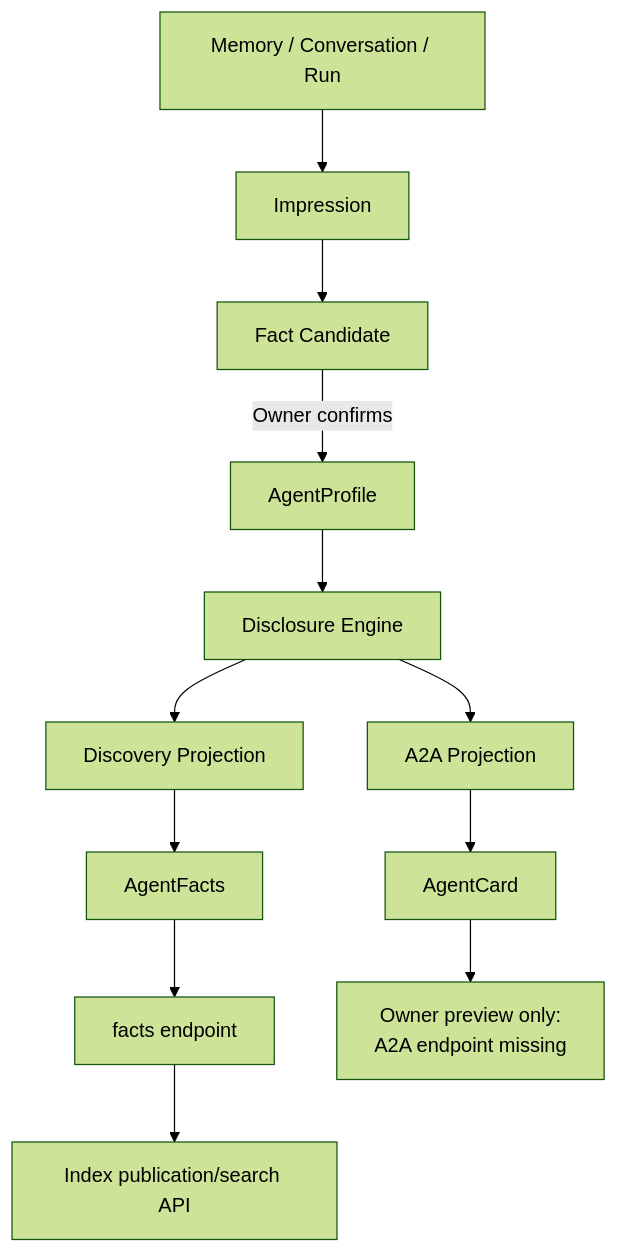
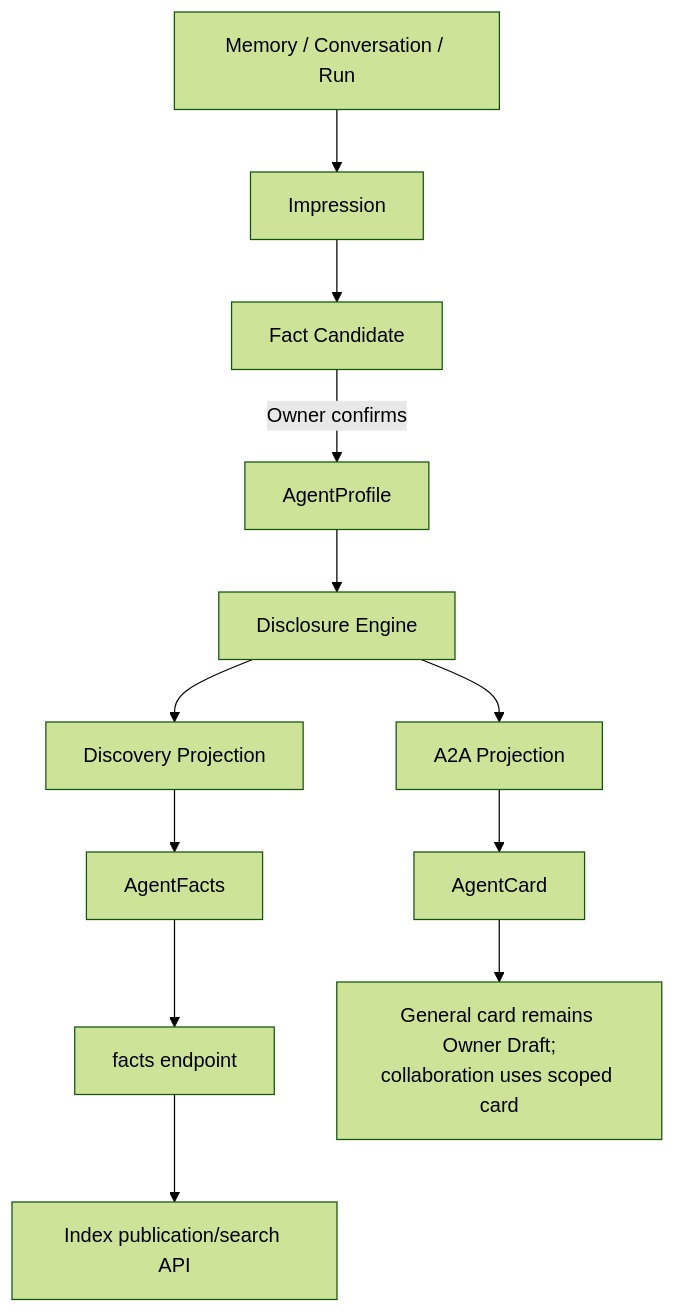
One commit to re35t/AegisLink changed the diagram in docs/01-product/personal-agent-os-plan_cn.md. Above: the diagram before and after it, drawn with Mermaid (forest theme). The commit also changed other lines of this file and 59 other files, not shown here.

````diff
--- a/docs/01-product/personal-agent-os-plan_cn.md
+++ b/docs/01-product/personal-agent-os-plan_cn.md
@@ -244,14 +244,14 @@
 ```mermaid
 flowchart TD
     sources["Memory / Conversation / Run"] --> impression["Impression"]
     impression --> candidate["Fact Candidate"]
     candidate -->|"Owner confirms"| profile["AgentProfile"]
     profile --> disclosure["Disclosure Engine"]
     disclosure --> discovery["Discovery Projection"]
     disclosure --> a2a["A2A Projection"]
     discovery --> facts["AgentFacts"]
     a2a --> card["AgentCard"]
     facts --> factsEndpoint["facts endpoint"]
-    card --> blocker["Owner preview only:<br/>A2A endpoint missing"]
+    card --> blocker["General card remains Owner Draft;<br/>collaboration uses scoped card"]
     factsEndpoint --> index["Index publication/search API"]
 ```
````
